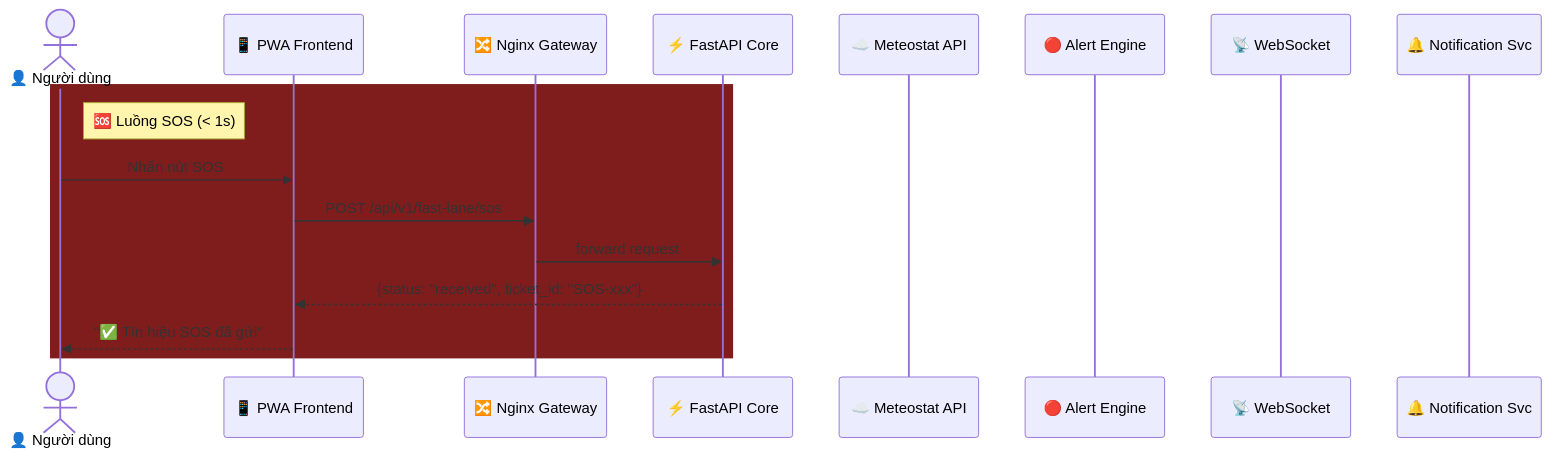
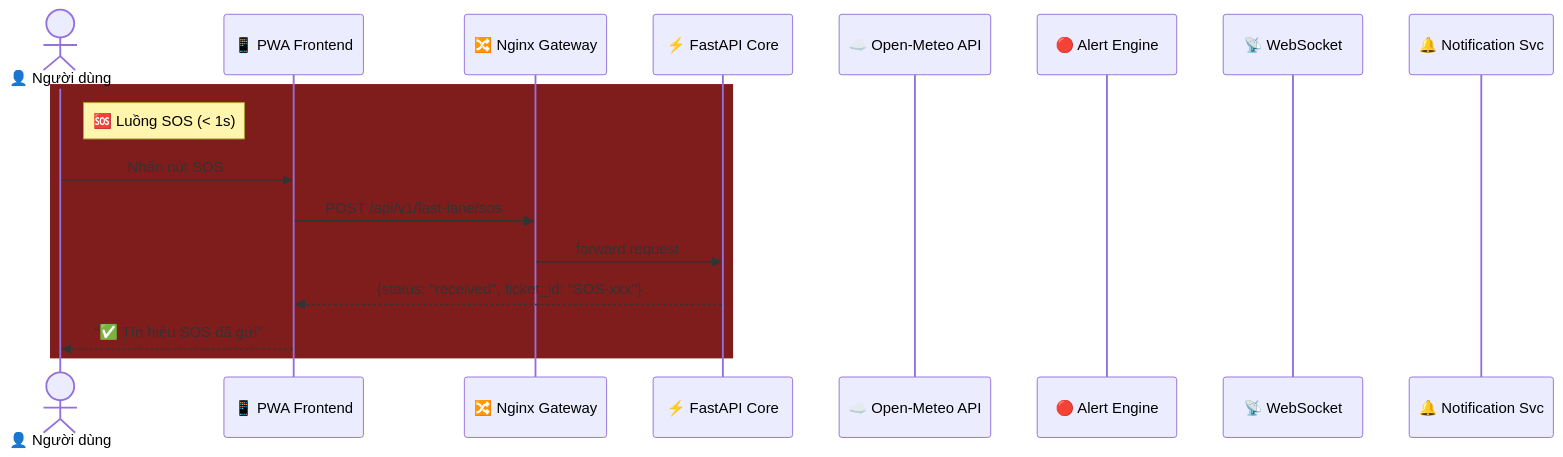
Before and after one commit to minhduc01168/rag-natural-disaster: the second of 5 diagrams in docs/architecture.md, drawn with Mermaid. The commit also changed other lines of this file and 4 other files, not shown here.

Commit message:
docs, refactor: replace Meteostat with Open-Meteo as weather provider

````diff
--- a/docs/architecture.md
+++ b/docs/architecture.md
@@ -145,21 +145,21 @@
 ```mermaid
 sequenceDiagram
     actor User as 👤 Người dùng
     participant FE as 📱 PWA Frontend
     participant GW as 🔀 Nginx Gateway
     participant FA as ⚡ FastAPI Core
-    participant WP as ☁️ Meteostat API
+    participant WP as ☁️ Open-Meteo API
     participant AE as 🔴 Alert Engine
     participant WS as 📡 WebSocket
     participant NS as 🔔 Notification Svc
 
     %% ── SOS Flow ──
     rect rgb(127, 29, 29)
         note right of User: 🆘 Luồng SOS (< 1s)
         User ->> FE: Nhấn nút SOS
         FE ->> GW: POST /api/v1/fast-lane/sos
         GW ->> FA: forward request
         FA -->> FE: {status: "received", ticket_id: "SOS-xxx"}
         FE -->> User: "✅ Tín hiệu SOS đã gửi"
     end
 ```
````
